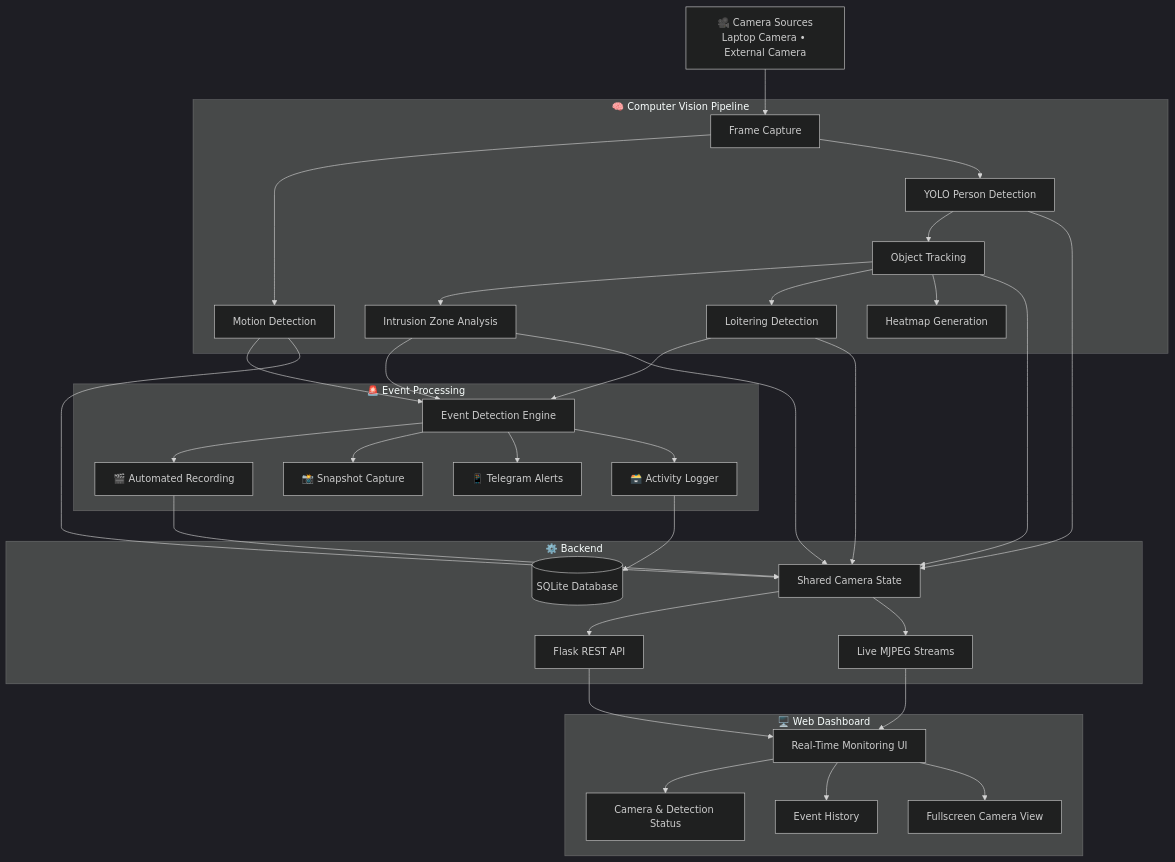
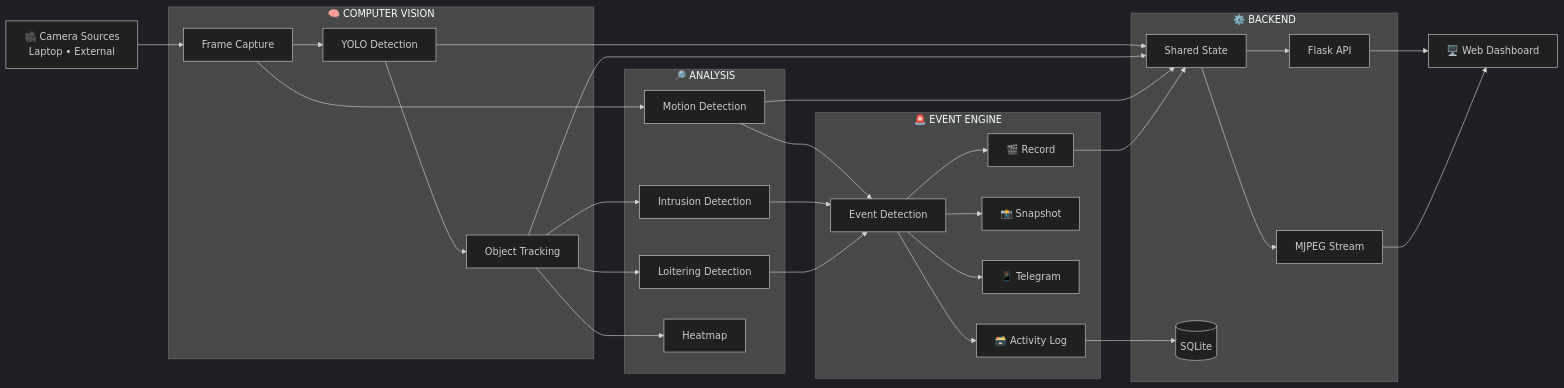
One commit to Saishh34/AI-Surveillance-v4 changed the diagram in README.md. Above: the diagram before and after it, drawn with Mermaid (dark theme).

````diff
--- a/README.md
+++ b/README.md
@@ -42,76 +42,63 @@
 ```mermaid
-flowchart TB
+flowchart LR
 
-    CAM["🎥 Camera Sources<br/>Laptop Camera • External Camera"]
+    CAM["🎥 Camera Sources<br/>Laptop • External"]
 
-    subgraph CV["🧠 Computer Vision Pipeline"]
+    subgraph CV["🧠 COMPUTER VISION"]
         CAP["Frame Capture"]
-        MOT["Motion Detection"]
-        YOLO["YOLO Person Detection"]
+        YOLO["YOLO Detection"]
         TRACK["Object Tracking"]
-        ZONE["Intrusion Zone Analysis"]
-        LOITER["Loitering Detection"]
-        HEAT["Heatmap Generation"]
+        CAP --> YOLO --> TRACK
     end
 
-    subgraph EVENTS["🚨 Event Processing"]
-        ENGINE["Event Detection Engine"]
-        RECORD["🎬 Automated Recording"]
-        SNAP["📸 Snapshot Capture"]
-        ALERT["📱 Telegram Alerts"]
-        LOG["🗃️ Activity Logger"]
+    subgraph ANALYSIS["🔎 ANALYSIS"]
+        MOT["Motion Detection"]
+        ZONE["Intrusion Detection"]
+        LOITER["Loitering Detection"]
+        HEAT["Heatmap"]
+        TRACK --> ZONE
+        TRACK --> LOITER
+        TRACK --> HEAT
     end
 
-    subgraph BACKEND["⚙️ Backend"]
-        STATE["Shared Camera State"]
-        API["Flask REST API"]
-        STREAM["Live MJPEG Streams"]
-        DB[("SQLite Database")]
+    subgraph EVENTS["🚨 EVENT ENGINE"]
+        ENGINE["Event Detection"]
+        RECORD["🎬 Record"]
+        SNAP["📸 Snapshot"]
+        ALERT["📱 Telegram"]
+        LOG["🗃️ Activity Log"]
+
+        ENGINE --> RECORD
+        ENGINE --> SNAP
+        ENGINE --> ALERT
+        ENGINE --> LOG
     end
 
-    subgraph DASHBOARD["🖥️ Web Dashboard"]
-        UI["Real-Time Monitoring UI"]
-        STATUS["Camera & Detection Status"]
-        EVENTS_UI["Event History"]
-        FULL["Fullscreen Camera View"]
+    subgraph BACKEND["⚙️ BACKEND"]
+        STATE["Shared State"]
+        API["Flask API"]
+        STREAM["MJPEG Stream"]
+        DB[("SQLite")]
     end
+
+    DASH["🖥️ Web Dashboard"]
 
     CAM --> CAP
 
     CAP --> MOT
-    CAP --> YOLO
-
-    YOLO --> TRACK
-
-    TRACK --> ZONE
-    TRACK --> LOITER
-    TRACK --> HEAT
-
     MOT --> ENGINE
     ZONE --> ENGINE
     LOITER --> ENGINE
 
-    ENGINE --> RECORD
-    ENGINE --> SNAP
-    ENGINE --> ALERT
-    ENGINE --> LOG
+    YOLO --> STATE
+    TRACK --> STATE
+    MOT --> STATE
+    RECORD --> STATE
 
     LOG --> DB
-
-    MOT --> STATE
-    YOLO --> STATE
-    TRACK --> STATE
-    ZONE --> STATE
-    LOITER --> STATE
-    RECORD --> STATE
-
     STATE --> API
     STATE --> STREAM
 
-    API --> UI
-    STREAM --> UI
-
-    UI --> STATUS
-    UI --> EVENTS_UI
-    UI --> FULL
+    API --> DASH
+    STREAM --> DASH
 ```
````
